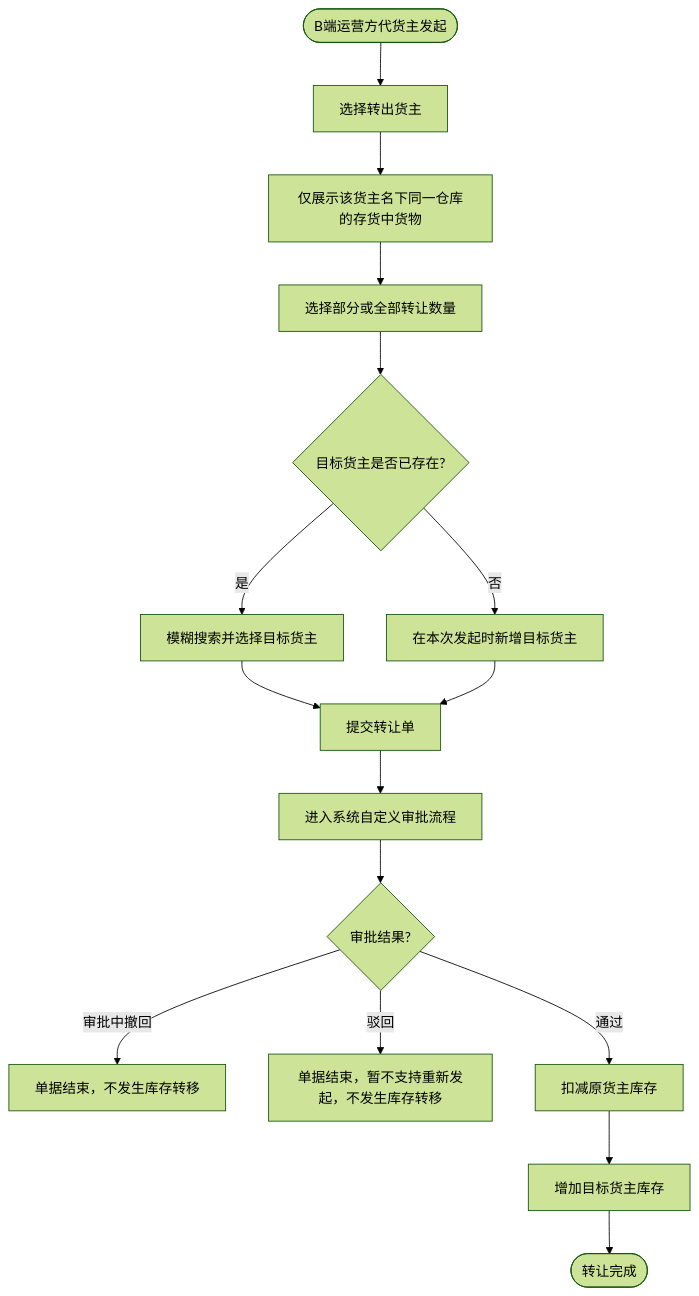
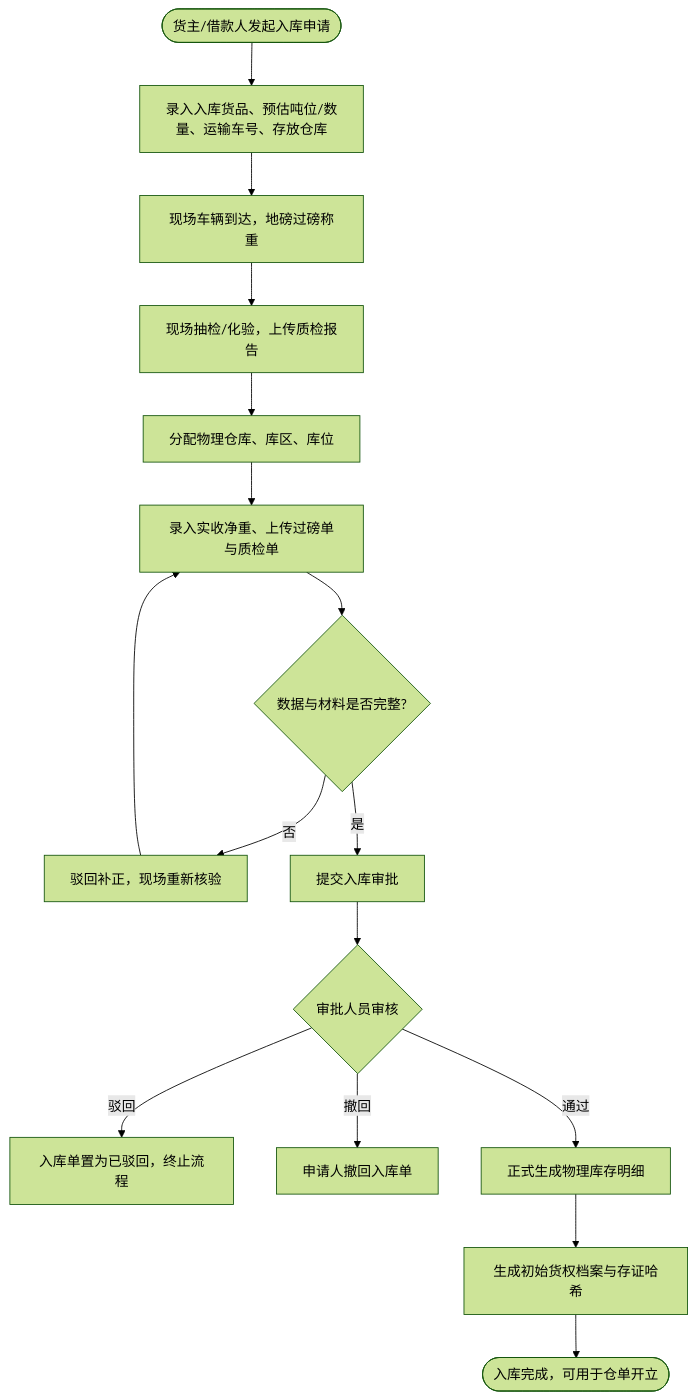
One commit to RobertHuang999/SYZC changed the first of 8 diagrams in 01-项目背景/06-核心业务场景和流程.md. Above: the diagram before and after it, drawn with Mermaid (forest theme). The commit also changed other lines of this file and 13 other files, not shown here.

````diff
--- a/01-项目背景/06-核心业务场景和流程.md
+++ b/01-项目背景/06-核心业务场景和流程.md
@@ -297,18 +14,18 @@
 ```mermaid
 flowchart TD
-    A([B端运营方代货主发起]) --> B[选择转出货主]
-    B --> C[仅展示该货主名下同一仓库的存货中货物]
-    C --> D[选择部分或全部转让数量]
-    D --> E{目标货主是否已存在?}
-    E -- 是 --> F[模糊搜索并选择目标货主]
-    E -- 否 --> G[在本次发起时新增目标货主]
-    F --> H[提交转让单]
-    G --> H
-    H --> I[进入系统自定义审批流程]
-    I --> J{审批结果?}
-    J -- 审批中撤回 --> K[单据结束，不发生库存转移]
-    J -- 驳回 --> L[单据结束，暂不支持重新发起，不发生库存转移]
-    J -- 通过 --> M[扣减原货主库存]
-    M --> N[增加目标货主库存]
-    N --> O([转让完成])
+    A([货主/借款人发起入库申请]) --> B[录入入库货品、预估吨位/数量、运输车号、存放仓库]
+    B --> C[现场车辆到达，地磅过磅称重]
+    C --> D[现场抽检/化验，上传质检报告]
+    D --> E[分配物理仓库、库区、库位]
+    E --> F[录入实收净重、上传过磅单与质检单]
+    F --> G{数据与材料是否完整?}
+    G -- 否 --> H[驳回补正，现场重新核验]
+    H --> F
+    G -- 是 --> I[提交入库审批]
+    I --> J{审批人员审核}
+    J -- 驳回 --> K[入库单置为已驳回，终止流程]
+    J -- 撤回 --> L[申请人撤回入库单]
+    J -- 通过 --> M[正式生成物理库存明细]
+    M --> N[生成初始货权档案与存证哈希]
+    N --> O([入库完成，可用于仓单开立])
 ```
````
